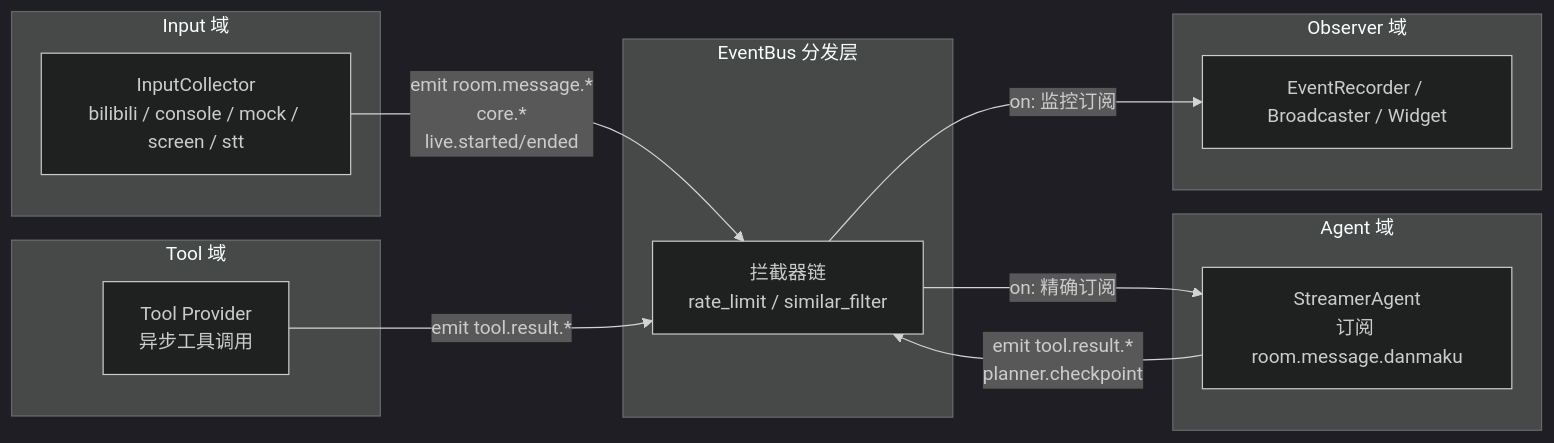
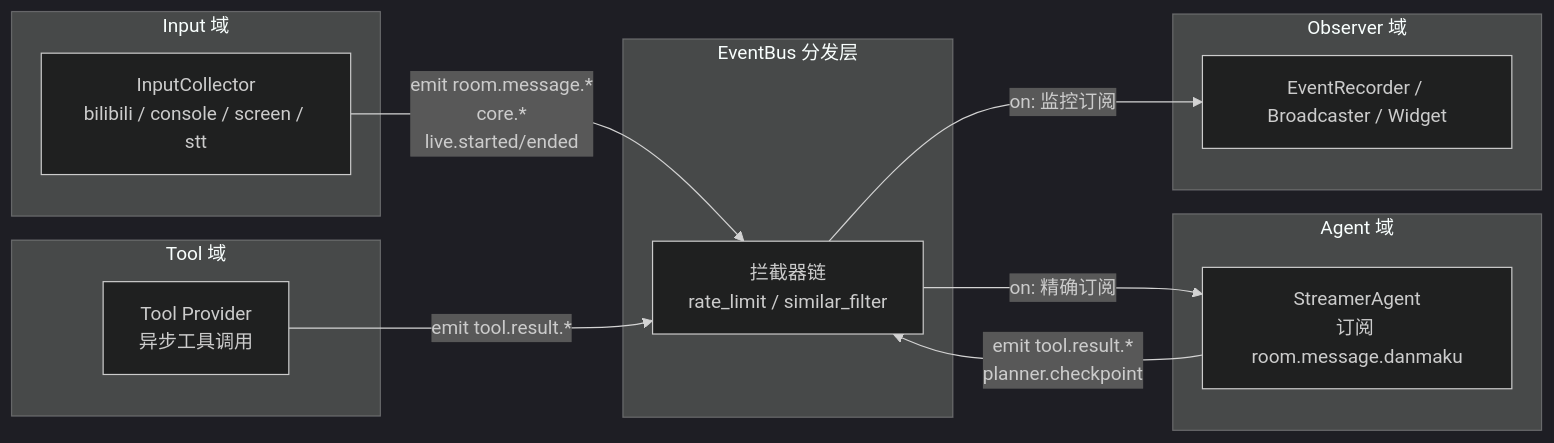
The first of 4 diagrams in docs/architecture/event-system.md (Mai-with-u/Amaidesu), drawn with Mermaid (dark theme) before and after one commit. The commit also changed other lines of this file and 51 other files, not shown here.

````diff
--- a/docs/architecture/event-system.md
+++ b/docs/architecture/event-system.md
@@ -30,28 +30,28 @@
 ```mermaid
 flowchart LR
     subgraph Input 域
-        IC[InputCollector<br/>bilibili / console / mock / screen / stt]
+        IC[InputCollector<br/>bilibili / console / screen / stt]
     end
 
     subgraph Bus[EventBus 分发层]
         EB[拦截器链<br/>rate_limit / similar_filter]
     end
 
     subgraph Agent 域
         AG[StreamerAgent<br/>订阅 room.message.danmaku]
     end
 
     subgraph Tool 域
         TP[Tool Provider<br/>异步工具调用]
     end
 
     subgraph Observer 域
         OB[EventRecorder / Broadcaster / Widget]
     end
 
     IC -->|emit room.message.*<br/>core.*<br/>live.started/ended| EB
     EB -->|on: 精确订阅| AG
     EB -->|on: 监控订阅| OB
     AG -->|emit tool.result.*<br/>planner.checkpoint| EB
     TP -->|emit tool.result.*| EB
 ```
````
